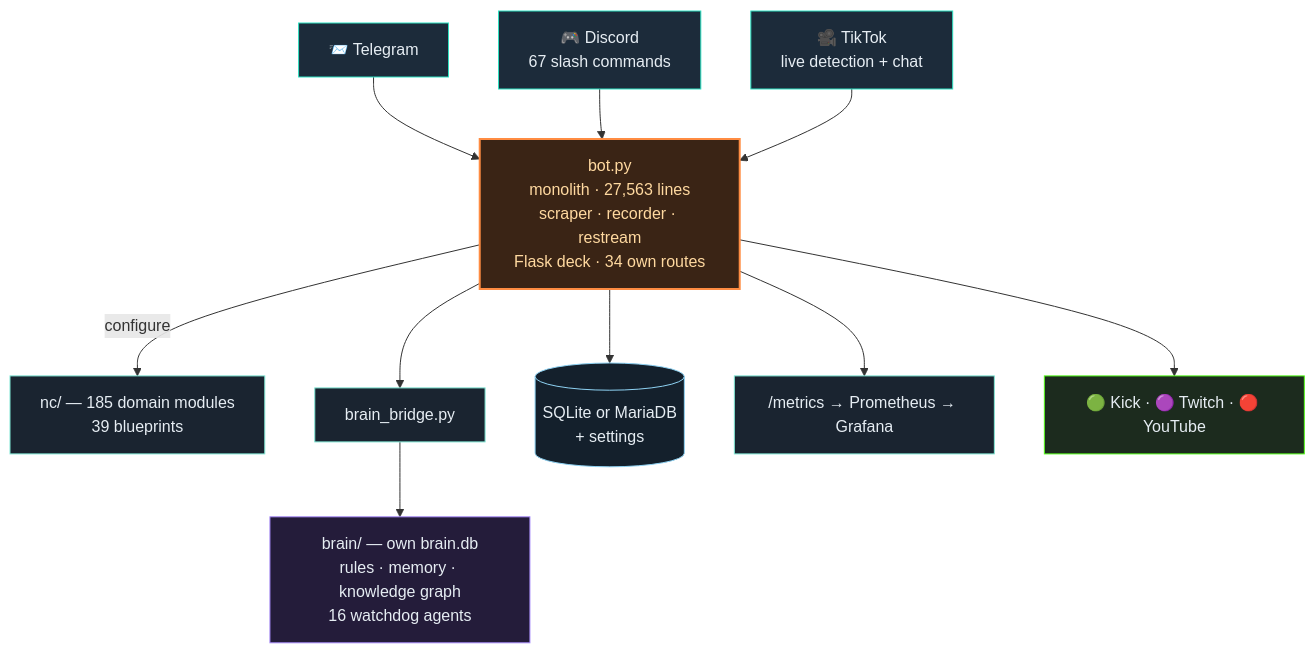
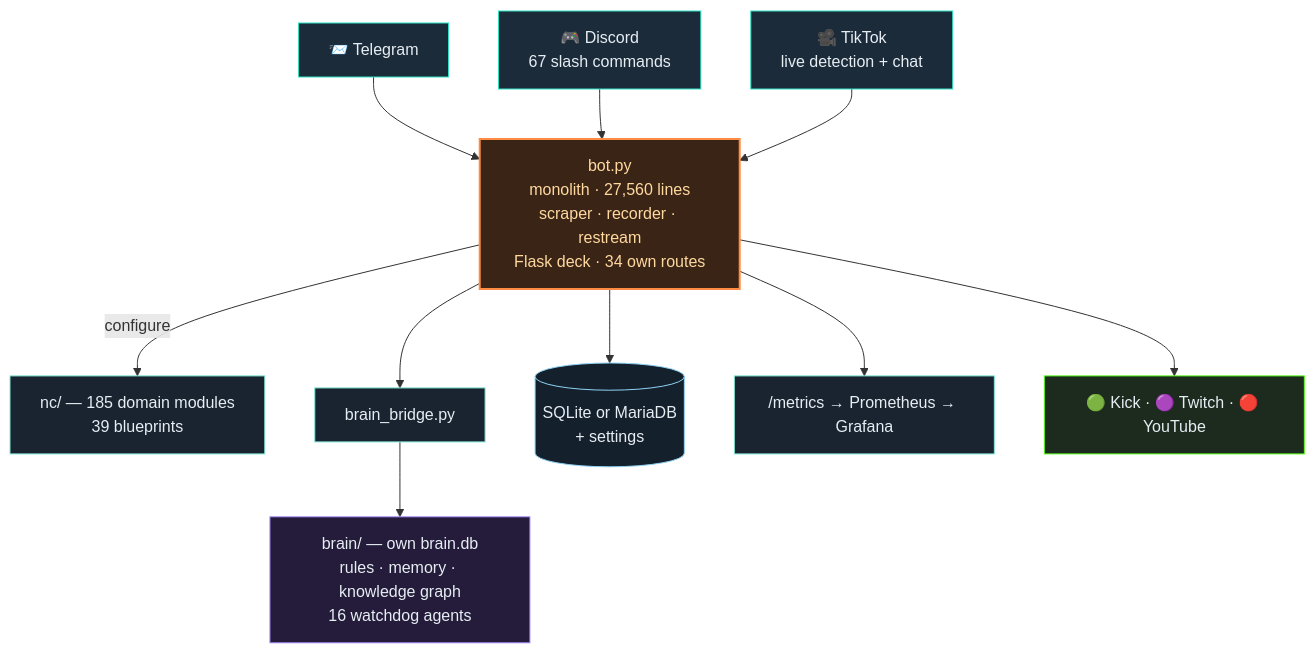
The second of 3 diagrams in README.en.md (itsamemedev/Telegram-Stream-Info-Bot), drawn with Mermaid before and after one commit. The commit also changed other lines of this file and 5 other files, not shown here.

````diff
--- a/README.en.md
+++ b/README.en.md
@@ -119,19 +119,19 @@
 ```mermaid
 flowchart TB
     TG["📨 Telegram"]:::ein --> BOT
     DC["🎮 Discord<br/>67 slash commands"]:::ein --> BOT
     TT["🎥 TikTok<br/>live detection + chat"]:::ein --> BOT
-    BOT["bot.py<br/>monolith · 27,563 lines<br/>scraper · recorder · restream<br/>Flask deck · 34 own routes"]:::core
+    BOT["bot.py<br/>monolith · 27,560 lines<br/>scraper · recorder · restream<br/>Flask deck · 34 own routes"]:::core
     BOT -->|configure| NC["nc/ — 185 domain modules<br/>39 blueprints"]:::lib
     BOT --> BR["brain_bridge.py"]:::lib
     BR --> BRAIN["brain/ — own brain.db<br/>rules · memory · knowledge graph<br/>16 watchdog agents"]:::brain
     BOT --> DB[("SQLite or MariaDB<br/>+ settings")]:::db
     BOT --> PROM["/metrics → Prometheus → Grafana"]:::lib
     BOT --> OUT["🟢 Kick · 🟣 Twitch · 🔴 YouTube"]:::out
     classDef ein fill:#1c2b3a,stroke:#2de1c2,color:#e6edf3
     classDef core fill:#3a2415,stroke:#ff8c42,stroke-width:2px,color:#ffd9a0
     classDef lib fill:#1a2430,stroke:#7fe7d4,color:#e6edf3
     classDef brain fill:#241c3a,stroke:#a78bfa,color:#e6edf3
     classDef db fill:#14202c,stroke:#8fd3f4,color:#e6edf3
     classDef out fill:#1c2b1e,stroke:#53fc18,color:#e6edf3
 ```
````
